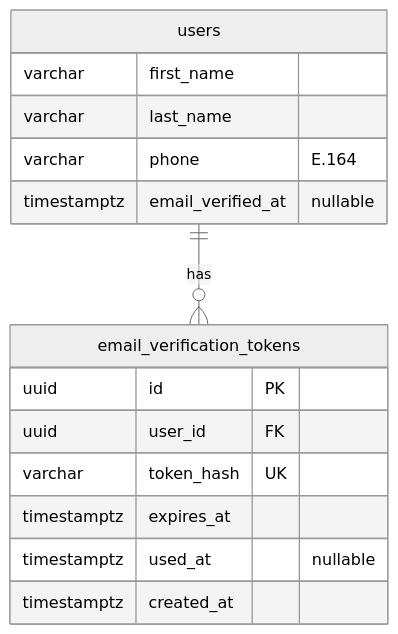
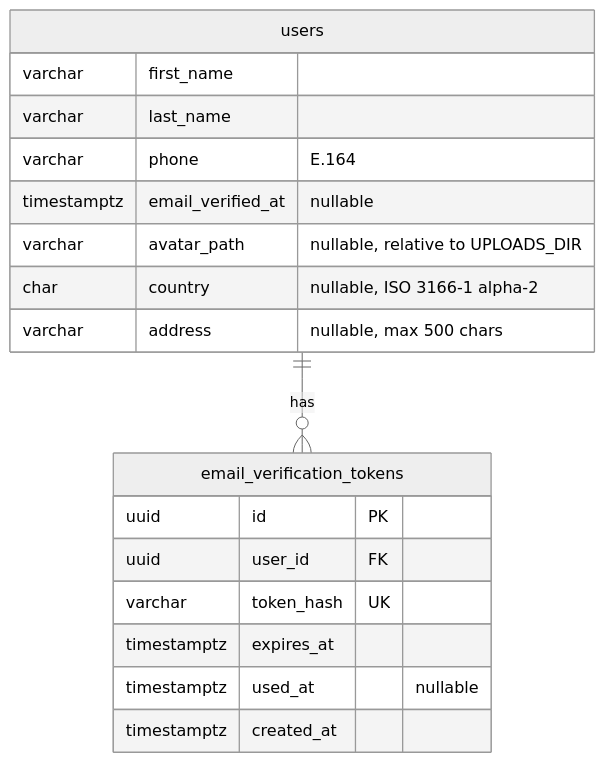
The first of 3 diagrams in .github/specs/user-profile-and-email-verification.md (EcaCosca/bendike), drawn with Mermaid (neutral theme) before and after one commit. The commit also changed other lines of this file and 21 other files, not shown here.

````diff
--- a/.github/specs/user-profile-and-email-verification.md
+++ b/.github/specs/user-profile-and-email-verification.md
@@ -117,18 +188,21 @@
 ```mermaid
 erDiagram
   users ||--o{ email_verification_tokens : has
   users {
     varchar first_name
     varchar last_name
     varchar phone "E.164"
     timestamptz email_verified_at "nullable"
+    varchar avatar_path "nullable, relative to UPLOADS_DIR"
+    char country "nullable, ISO 3166-1 alpha-2"
+    varchar address "nullable, max 500 chars"
   }
   email_verification_tokens {
     uuid id PK
     uuid user_id FK
     varchar token_hash UK
     timestamptz expires_at
     timestamptz used_at "nullable"
     timestamptz created_at
   }
 ```
````
